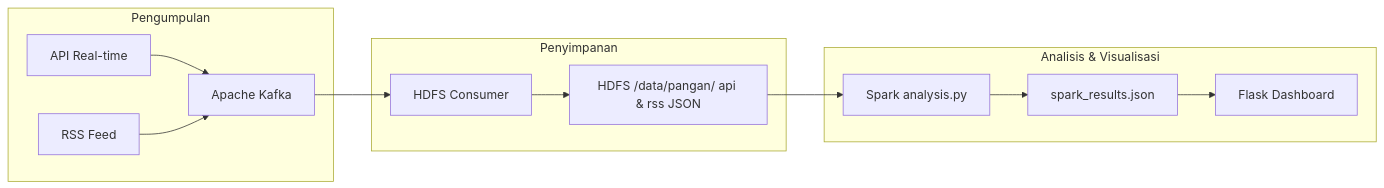
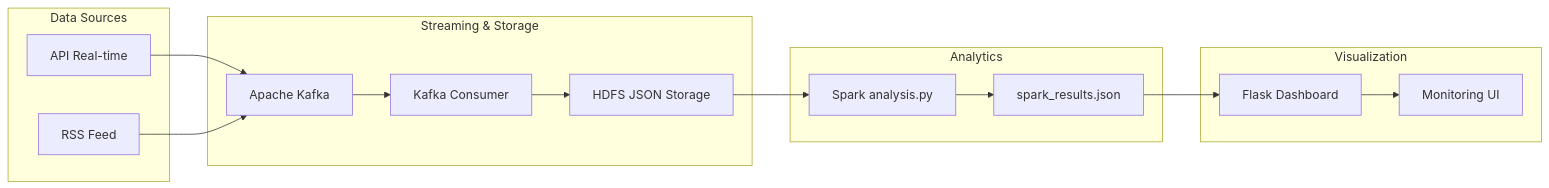
The first of 2 diagrams in lakehouse/README_lakehouse.md (EvanCN10/tugas-lanjutan-ets-bigdata8), drawn with Mermaid before and after one commit. The commit also changed other lines of this file, not shown here.

First line of the commit message:
Revise lakehouse architecture and data flow diagrams

````diff
--- a/lakehouse/README_lakehouse.md
+++ b/lakehouse/README_lakehouse.md
@@ -11,18 +11,24 @@
 ```mermaid
 graph LR
-    subgraph Pengumpulan
-        API[API Real-time] --> Kafka[Apache Kafka]
-        RSS[RSS Feed] --> Kafka
+    subgraph Data Sources
+        API[API Real-time]
+        RSS[RSS Feed]
     end
 
-    subgraph Penyimpanan
-        Kafka --> Consumer[HDFS Consumer]
-        Consumer --> HDFS[HDFS /data/pangan/ api & rss JSON]
+    subgraph Streaming & Storage
+        API --> Kafka[Apache Kafka]
+        RSS --> Kafka
+        Kafka --> Consumer[Kafka Consumer]
+        Consumer --> HDFS[HDFS JSON Storage]
     end
 
-    subgraph Analisis & Visualisasi
+    subgraph Analytics
         HDFS --> Spark[Spark analysis.py]
-        Spark --> SparkResults[spark_results.json]
-        SparkResults --> Flask[Flask Dashboard]
+        Spark --> Results[spark_results.json]
+    end
+
+    subgraph Visualization
+        Results --> Flask[Flask Dashboard]
+        Flask --> UI[Monitoring UI]
     end
 ```
````
